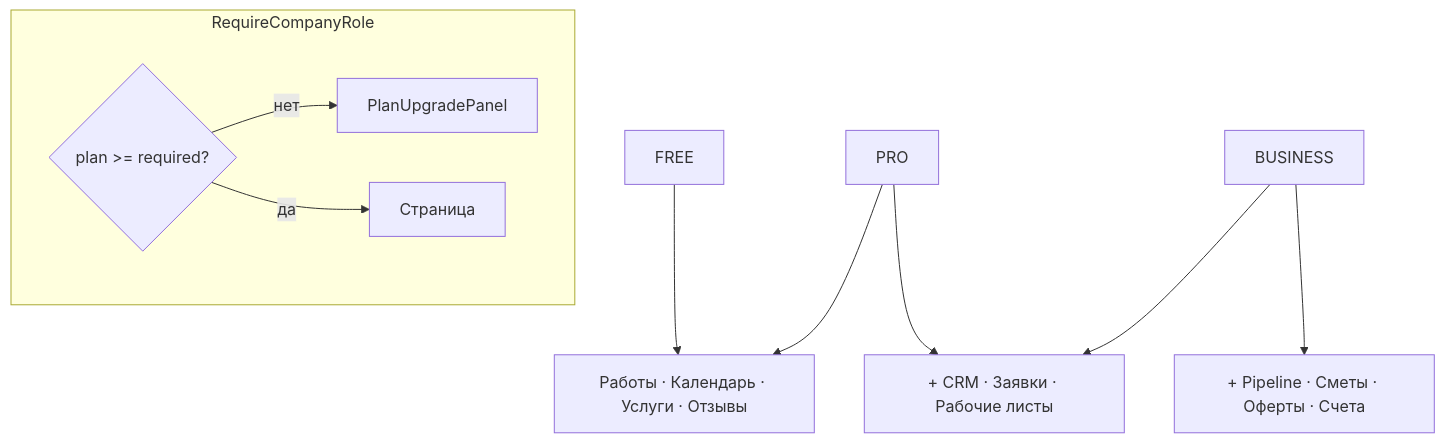
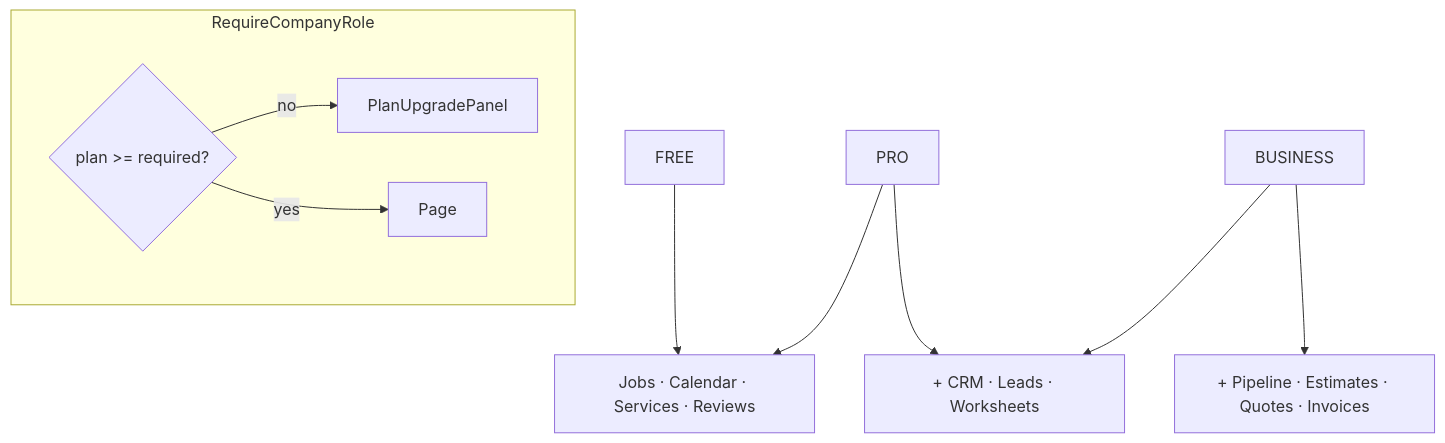
Before and after one commit to 1GoodCod1/companii-web: the tenth of 11 diagrams in README.md, drawn with Mermaid. The commit also changed other lines of this file and 5 other files, not shown here.

````diff
--- a/README.md
+++ b/README.md
@@ -461,14 +423,14 @@
 ```mermaid
 flowchart TD
-    FREE["FREE"] --> F1["Работы · Календарь · Услуги · Отзывы"]
+    FREE["FREE"] --> F1["Jobs · Calendar · Services · Reviews"]
     PRO["PRO"] --> F1
-    PRO --> P1["+ CRM · Заявки · Рабочие листы"]
+    PRO --> P1["+ CRM · Leads · Worksheets"]
     BUSINESS["BUSINESS"] --> P1
-    BUSINESS --> B1["+ Pipeline · Сметы · Оферты · Счета"]
+    BUSINESS --> B1["+ Pipeline · Estimates · Quotes · Invoices"]
 
     subgraph Guard["RequireCompanyRole"]
         CHECK{"plan >= required?"}
-        CHECK -->|нет| UPGRADE["PlanUpgradePanel"]
-        CHECK -->|да| PAGE["Страница"]
+        CHECK -->|no| UPGRADE["PlanUpgradePanel"]
+        CHECK -->|yes| PAGE["Page"]
     end
 ```
````
